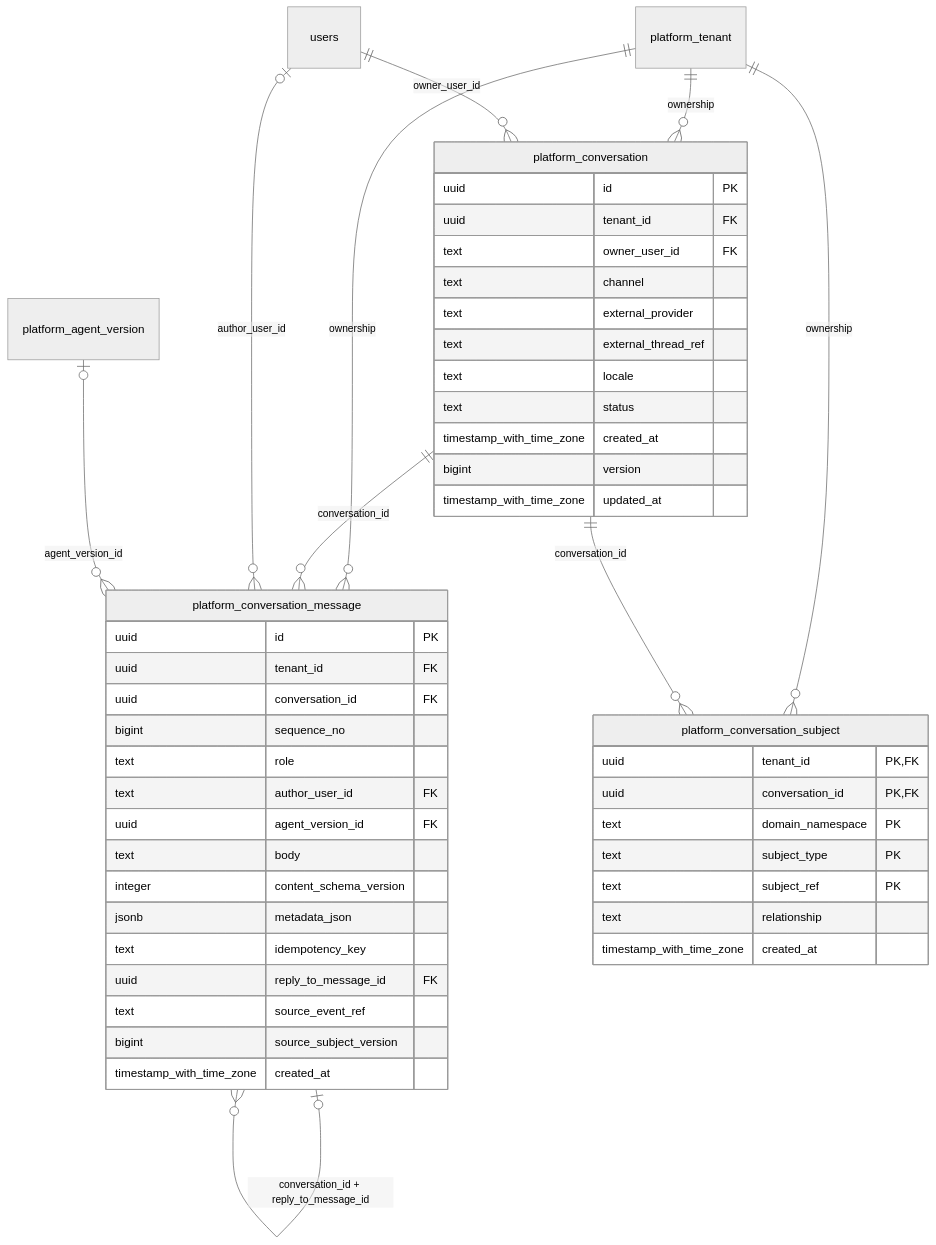
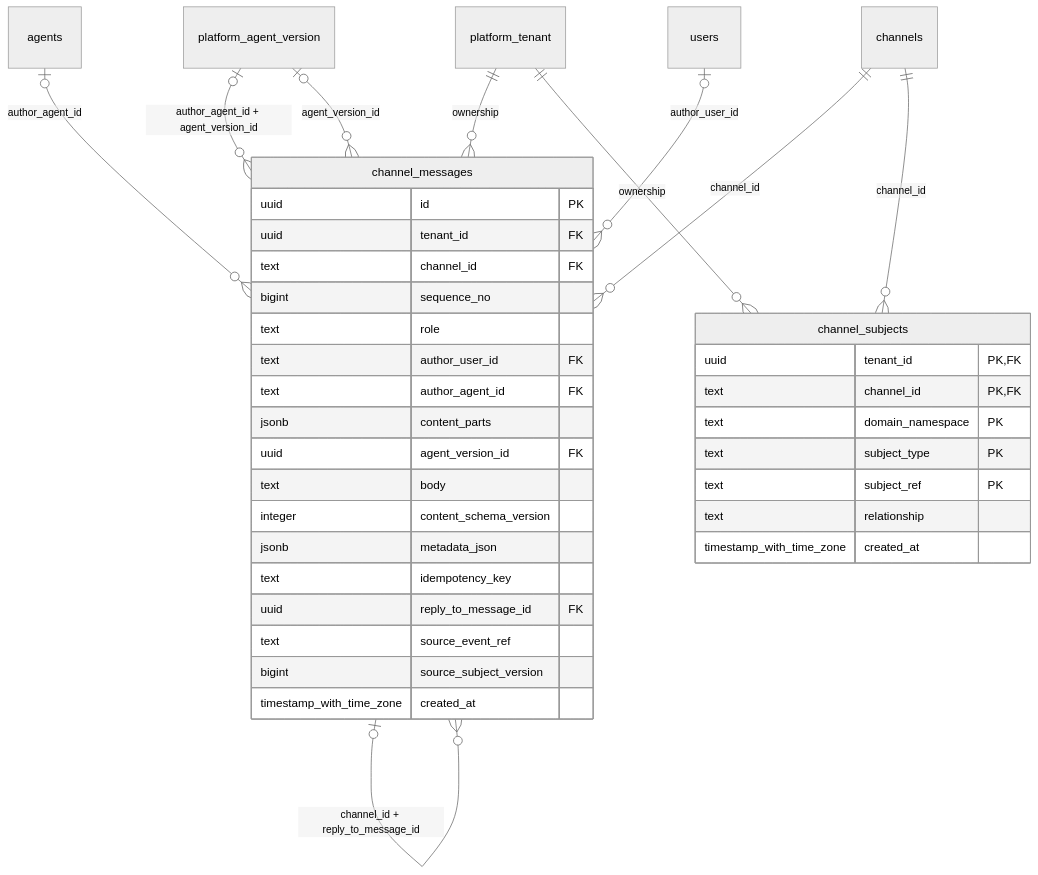
The diagram in docs/erd/physical/platform-conversations.md (nguyennanganhdev/AI-Workforce-Platform), drawn with Mermaid (neutral theme) before and after one commit. The commit also changed other lines of this file and 146 other files, not shown here.

Commit message:
feat(db): consolidate P0 database schema and documentation

````diff
--- a/docs/erd/physical/platform-conversations.md
+++ b/docs/erd/physical/platform-conversations.md
@@ -5,51 +5,40 @@
 ```mermaid
 erDiagram
-  platform_conversation {
+  channel_messages {
     uuid id PK
     uuid tenant_id FK
-    text owner_user_id FK
-    text channel
-    text external_provider
-    text external_thread_ref
-    text locale
-    text status
-    timestamp_with_time_zone created_at
-    bigint version
-    timestamp_with_time_zone updated_at
-  }
-  platform_tenant ||--o{ platform_conversation : "ownership"
-  users ||--o{ platform_conversation : "owner_user_id"
-  platform_conversation_message {
-    uuid id PK
-    uuid tenant_id FK
-    uuid conversation_id FK
+    text channel_id FK
     bigint sequence_no
     text role
     text author_user_id FK
+    text author_agent_id FK
+    jsonb content_parts
     uuid agent_version_id FK
     text body
     integer content_schema_version
     jsonb metadata_json
     text idempotency_key
     uuid reply_to_message_id FK
     text source_event_ref
     bigint source_subject_version
     timestamp_with_time_zone created_at
   }
-  platform_tenant ||--o{ platform_conversation_message : "ownership"
-  platform_conversation ||--o{ platform_conversation_message : "conversation_id"
-  users |o--o{ platform_conversation_message : "author_user_id"
-  platform_agent_version |o--o{ platform_conversation_message : "agent_version_id"
-  platform_conversation_message |o--o{ platform_conversation_message : "conversation_id + reply_to_message_id"
-  platform_conversation_subject {
+  agents |o--o{ channel_messages : "author_agent_id"
+  platform_agent_version |o--o{ channel_messages : "author_agent_id + agent_version_id"
+  platform_tenant ||--o{ channel_messages : "ownership"
+  channels ||--o{ channel_messages : "channel_id"
+  users |o--o{ channel_messages : "author_user_id"
+  platform_agent_version |o--o{ channel_messages : "agent_version_id"
+  channel_messages |o--o{ channel_messages : "channel_id + reply_to_message_id"
+  channel_subjects {
     uuid tenant_id PK, FK
-    uuid conversation_id PK, FK
+    text channel_id PK, FK
     text domain_namespace PK
     text subject_type PK
     text subject_ref PK
     text relationship
     timestamp_with_time_zone created_at
   }
-  platform_tenant ||--o{ platform_conversation_subject : "ownership"
-  platform_conversation ||--o{ platform_conversation_subject : "conversation_id"
+  platform_tenant ||--o{ channel_subjects : "ownership"
+  channels ||--o{ channel_subjects : "channel_id"
 ```
````
